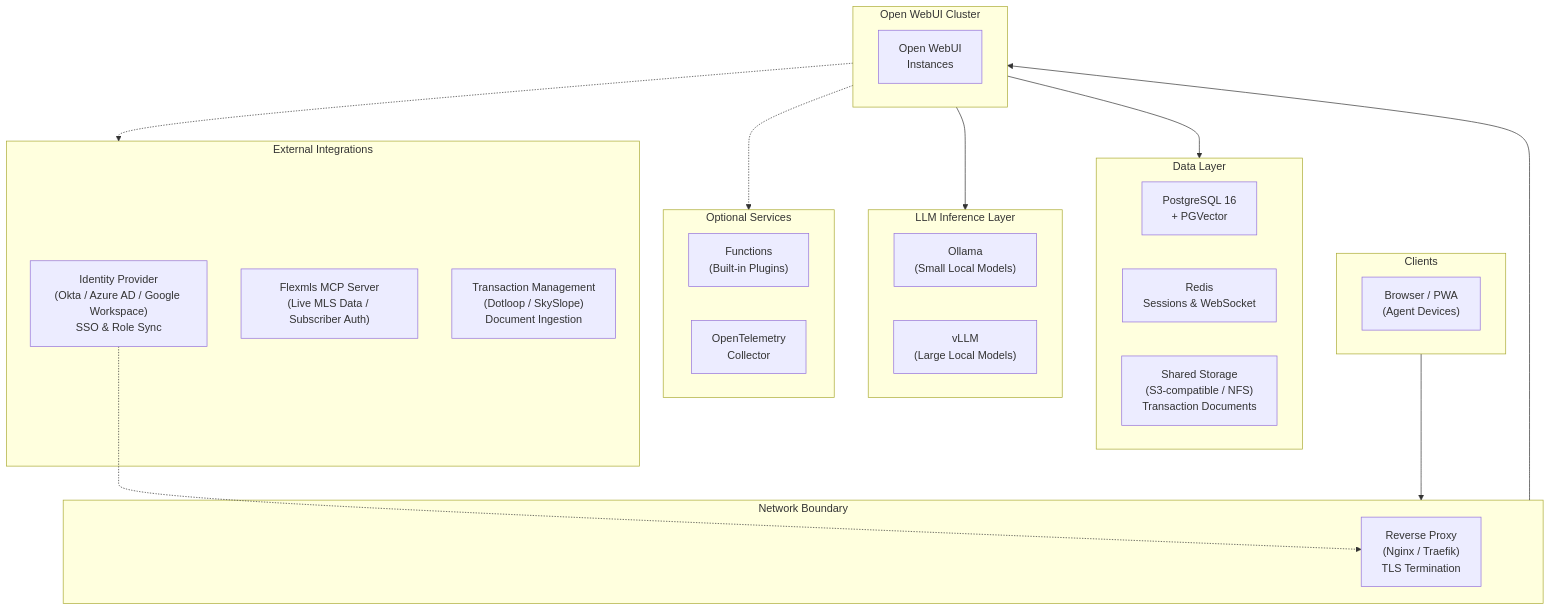
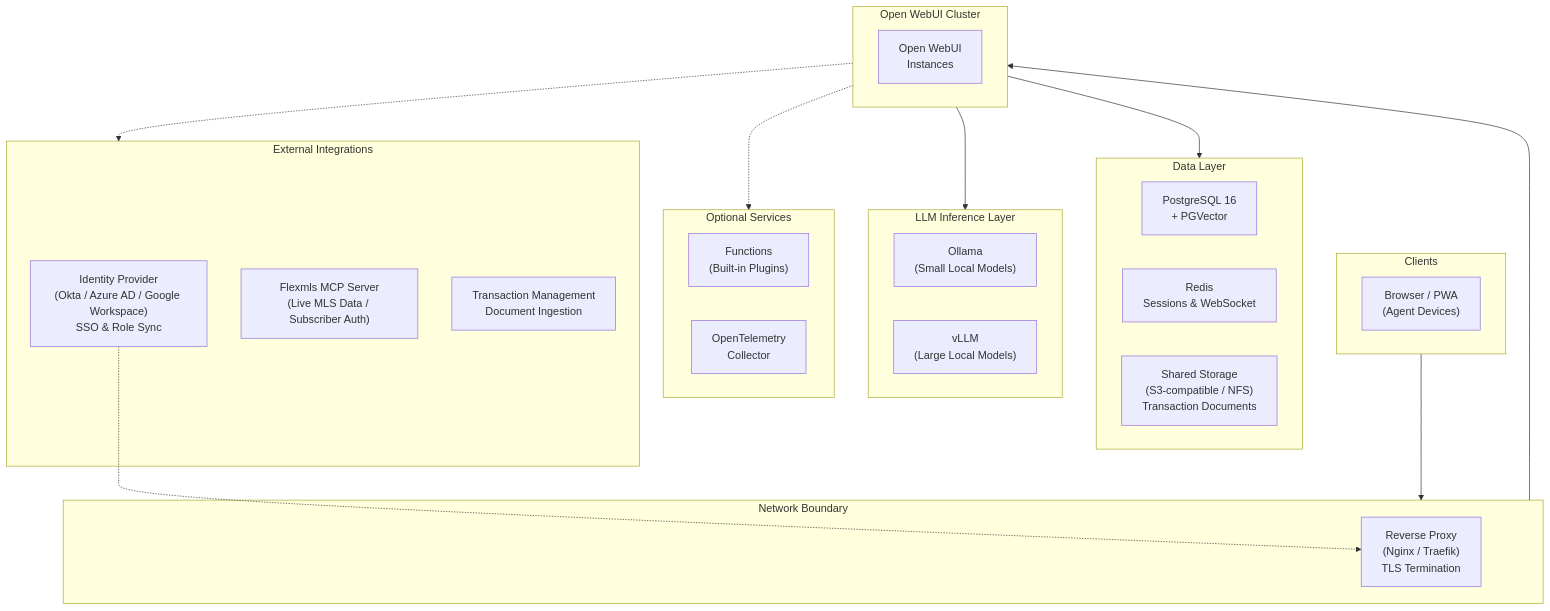
One commit to open-webui/cookbook changed the diagram in blogs/real-estate/article.md. Above: the diagram before and after it, drawn with Mermaid. The commit also changed other lines of this file, not shown here.

````diff
--- a/blogs/real-estate/article.md
+++ b/blogs/real-estate/article.md
@@ -167,44 +153,44 @@
 ```mermaid
 flowchart TB
     subgraph clients["Clients"]
         browser["Browser / PWA<br/>(Agent Devices)"]
     end
 
     subgraph proxy["Network Boundary"]
         lb["Reverse Proxy<br/>(Nginx / Traefik)<br/>TLS Termination"]
     end
 
     subgraph owui["Open WebUI Cluster"]
         owui1["Open WebUI<br/>Instances"]
     end
 
     subgraph data["Data Layer"]
         pg["PostgreSQL 16<br/>+ PGVector"]
         redis["Redis<br/>Sessions & WebSocket"]
         storage["Shared Storage<br/>(S3-compatible / NFS)<br/>Transaction Documents"]
     end
 
     subgraph inference["LLM Inference Layer"]
         ollama["Ollama<br/>(Small Local Models)"]
         vllm["vLLM<br/>(Large Local Models)"]
     end
 
     subgraph optional["Optional Services"]
         functions["Functions<br/>(Built-in Plugins)"]
         otel["OpenTelemetry<br/>Collector"]
     end
 
     subgraph integrations["External Integrations"]
         idp["Identity Provider<br/>(Okta / Azure AD / Google Workspace)<br/>SSO & Role Sync"]
         mls["Flexmls MCP Server<br/>(Live MLS Data / Subscriber Auth)"]
-        txdocs["Transaction Management<br/>(Dotloop / SkySlope)<br/>Document Ingestion"]
+        txdocs["Transaction Management<br/>Document Ingestion"]
     end
 
     clients --> proxy
     proxy --> owui
     owui --> data
     owui --> inference
     owui -.-> optional
     owui -.-> integrations
     idp -.-> lb
 ```
````
